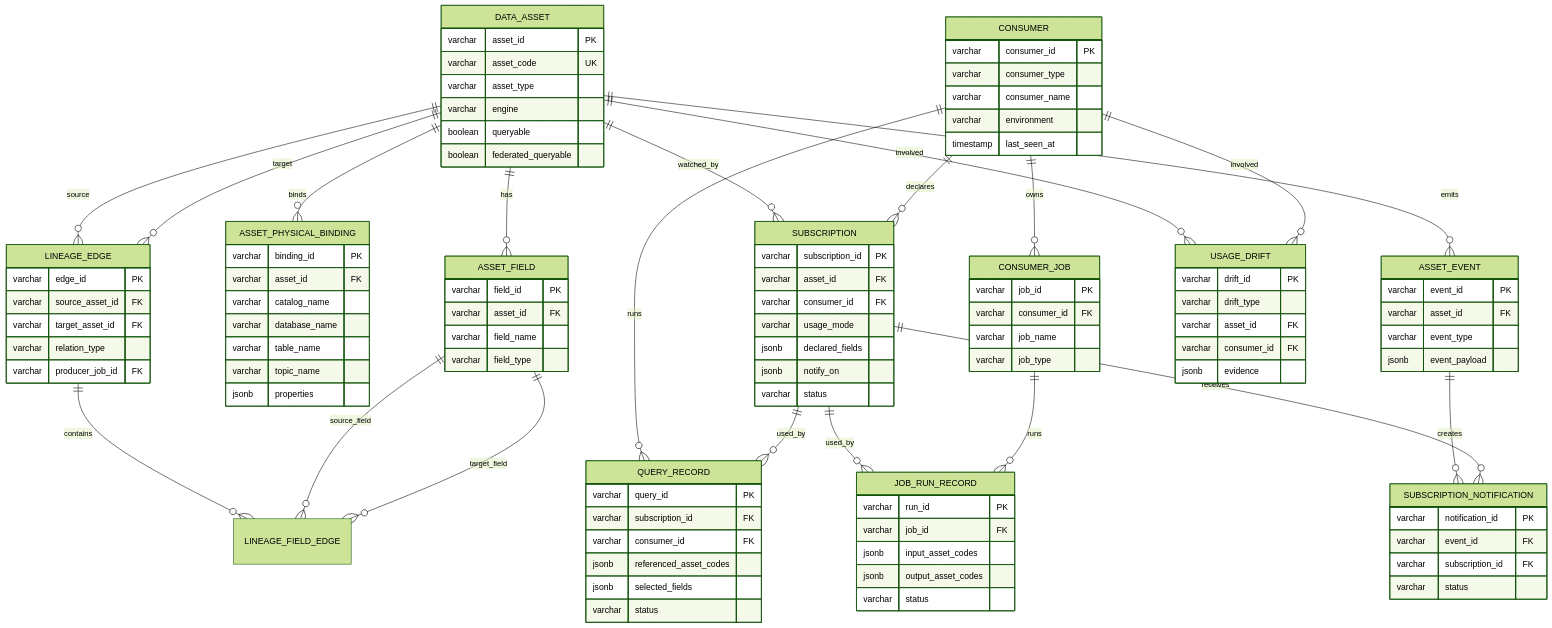
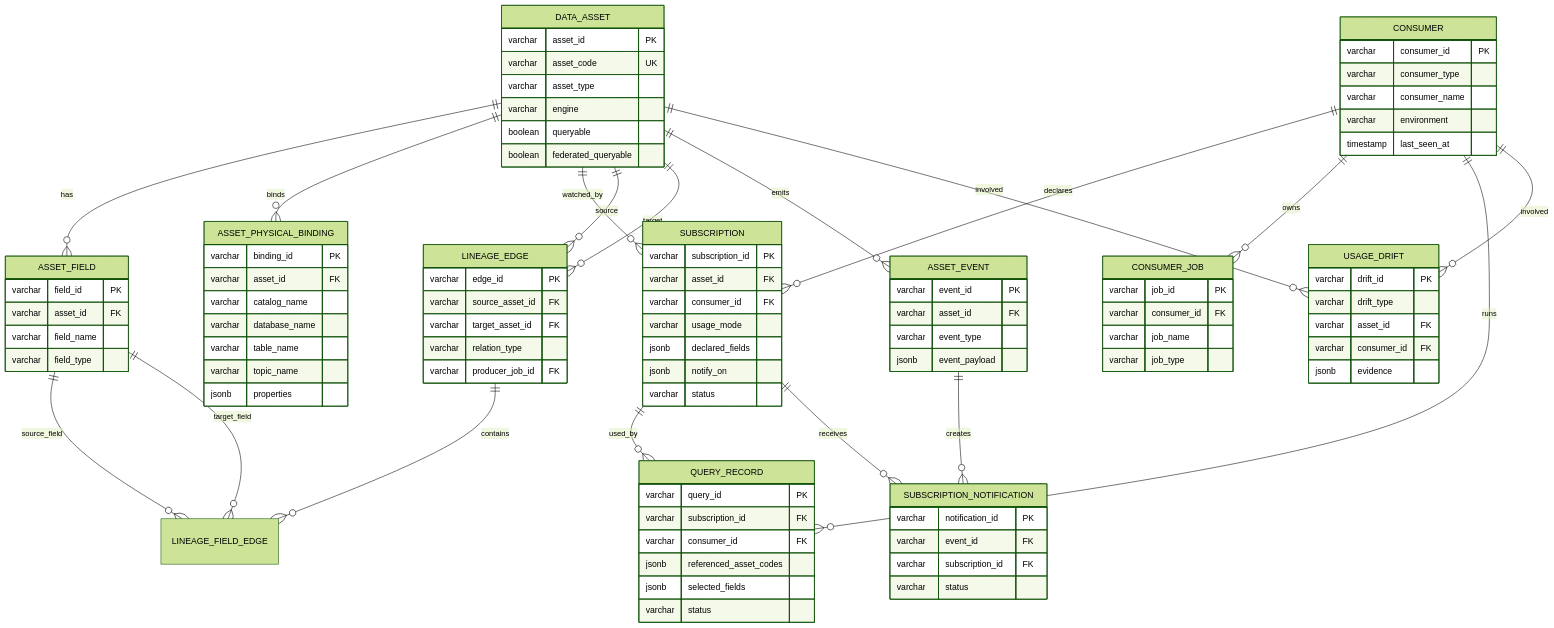
Before and after one commit to w00125533/data-gov: the third of 10 diagrams in docs/superpowers/specs/2026-06-10-data-product-governance-design.md, drawn with Mermaid (forest theme). The commit also changed other lines of this file, not shown here.

Commit message:
docs: revise sdk notification and job declaration design

```diff
--- a/docs/superpowers/specs/2026-06-10-data-product-governance-design.md
+++ b/docs/superpowers/specs/2026-06-10-data-product-governance-design.md
@@ -916,8 +899,6 @@
     CONSUMER ||--o{ CONSUMER_JOB : owns
     CONSUMER ||--o{ QUERY_RECORD : runs
     SUBSCRIPTION ||--o{ QUERY_RECORD : used_by
-    SUBSCRIPTION ||--o{ JOB_RUN_RECORD : used_by
-    CONSUMER_JOB ||--o{ JOB_RUN_RECORD : runs
     DATA_ASSET ||--o{ LINEAGE_EDGE : source
     DATA_ASSET ||--o{ LINEAGE_EDGE : target
     LINEAGE_EDGE ||--o{ LINEAGE_FIELD_EDGE : contains
@@ -989,14 +970,6 @@
       varchar job_type
     }
 
-    JOB_RUN_RECORD {
-      varchar run_id PK
-      varchar job_id FK
-      jsonb input_asset_codes
-      jsonb output_asset_codes
-      varchar status
-    }
-
     LINEAGE_EDGE {
       varchar edge_id PK
       varchar source_asset_id FK
```
